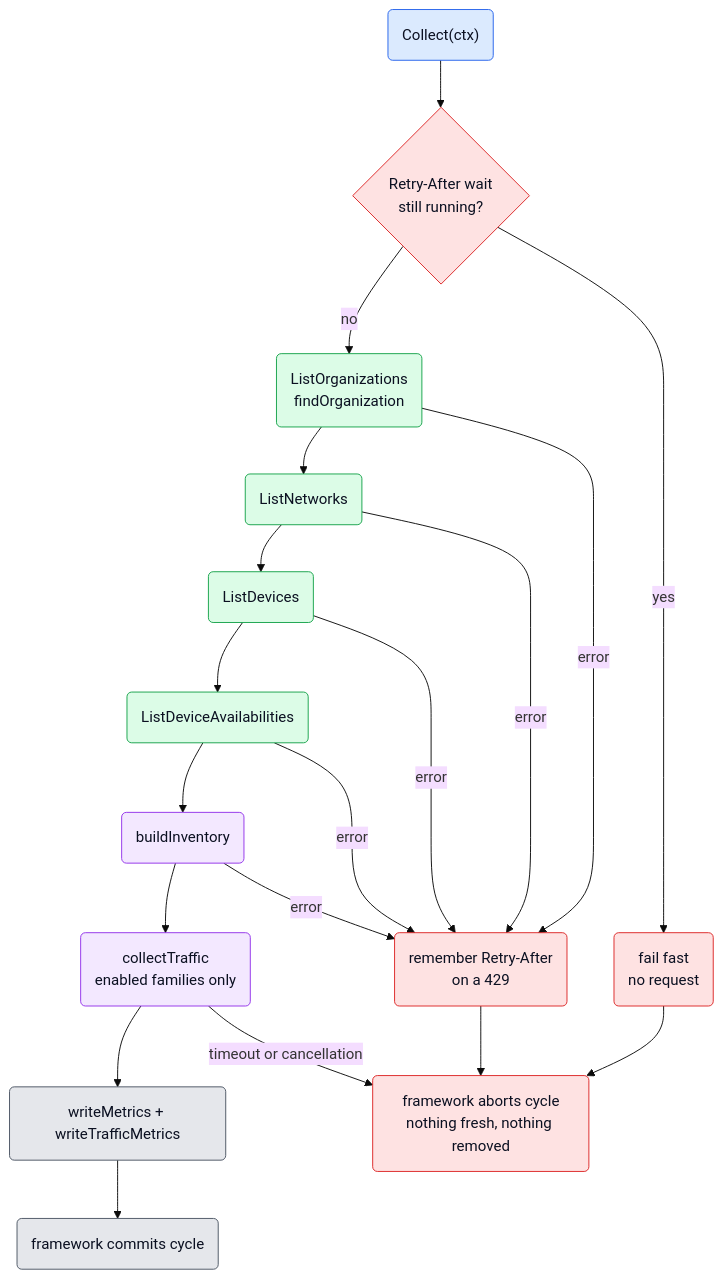
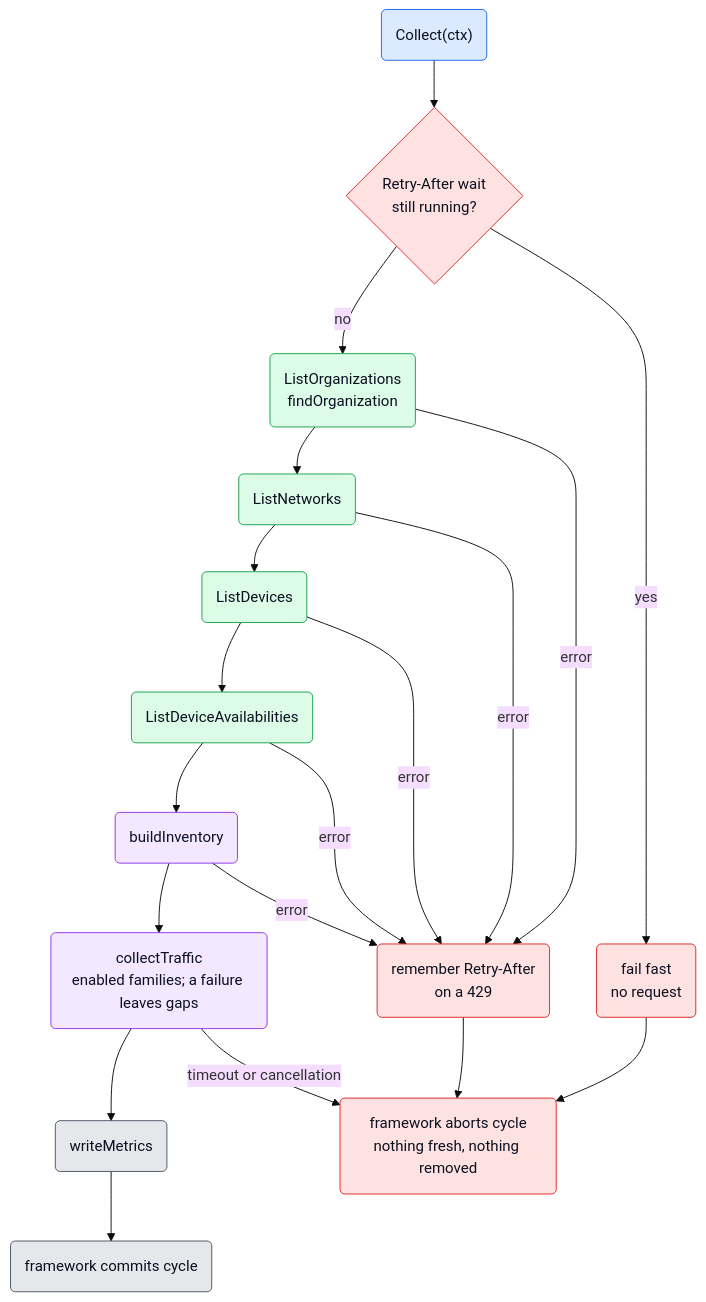
The third of 4 diagrams in src/go/plugin/go.d/collector/meraki/ARCHITECTURE.md (netdata/netdata), drawn with Mermaid (base theme) before and after one commit. The commit also changed other lines of this file, not shown here.

First line of the commit message:
docs(go.d/meraki): weave traffic into the ARCHITECTURE.md journey

````diff
--- a/src/go/plugin/go.d/collector/meraki/ARCHITECTURE.md
+++ b/src/go/plugin/go.d/collector/meraki/ARCHITECTURE.md
@@ -136,33 +143,33 @@
 ```mermaid
 flowchart TD
     Start("Collect(ctx)")
     Pending{"Retry-After wait<br/>still running?"}
     FailFast("fail fast<br/>no request")
     Orgs("ListOrganizations<br/>findOrganization")
     Nets("ListNetworks")
     Devs("ListDevices")
     Avail("ListDeviceAvailabilities")
     Join("buildInventory")
-    Traffic("collectTraffic<br/>enabled families only")
-    Write("writeMetrics + writeTrafficMetrics")
+    Traffic("collectTraffic<br/>enabled families; a failure leaves gaps")
+    Write("writeMetrics")
     Commit("framework commits cycle")
     Abort("framework aborts cycle<br/>nothing fresh, nothing removed")
     Remember("remember Retry-After<br/>on a 429")
 
     Start --> Pending
     Pending -->|"yes"| FailFast --> Abort
     Pending -->|"no"| Orgs --> Nets --> Devs --> Avail --> Join --> Traffic --> Write --> Commit
     Orgs & Nets & Devs & Avail & Join -->|"error"| Remember --> Abort
     Traffic -->|"timeout or cancellation"| Abort
 
     classDef ext fill:#dbeafe,stroke:#2563eb,color:#0b1021;
     classDef recv fill:#dcfce7,stroke:#16a34a,color:#0b1021;
     classDef mean fill:#f3e8ff,stroke:#9333ea,color:#0b1021;
     classDef out fill:#e5e7eb,stroke:#4b5563,color:#0b1021;
     classDef err fill:#fee2e2,stroke:#dc2626,color:#0b1021;
     class Start ext;
     class Orgs,Nets,Devs,Avail recv;
     class Join,Traffic mean;
     class Write,Commit out;
     class Pending,FailFast,Abort,Remember err;
 ```
````
